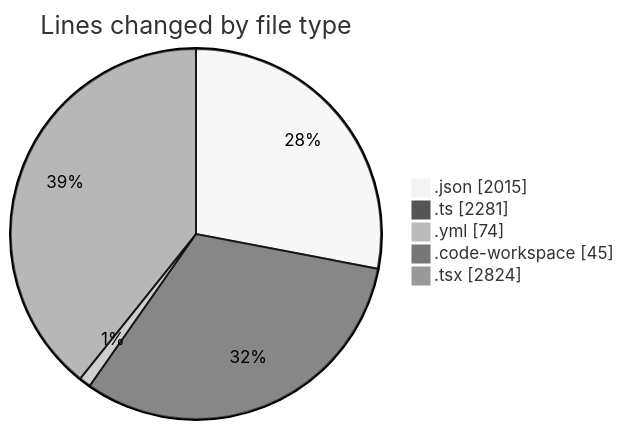
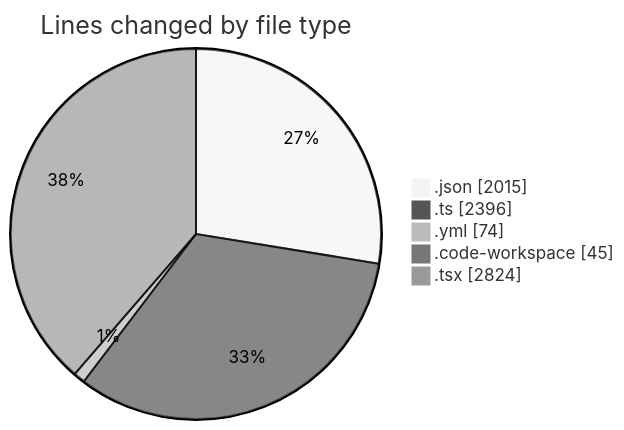
Before and after one commit to julien-gomy/code-tracking: the first of 2 diagrams in 2025-11-25/eventscop-frontend-guide__workspace_/README.md, drawn with Mermaid (neutral theme). The commit also changed other lines of this file and 1 other file, not shown here.

````diff
--- a/2025-11-25/eventscop-frontend-guide__workspace_/README.md
+++ b/2025-11-25/eventscop-frontend-guide__workspace_/README.md
@@ -46,9 +46,9 @@
 ```mermaid
 pie showData
 title Lines changed by file type
 ".json" : 2015
-".ts" : 2281
+".ts" : 2396
 ".yml" : 74
 ".code-workspace" : 45
 ".tsx" : 2824
 ```
````
